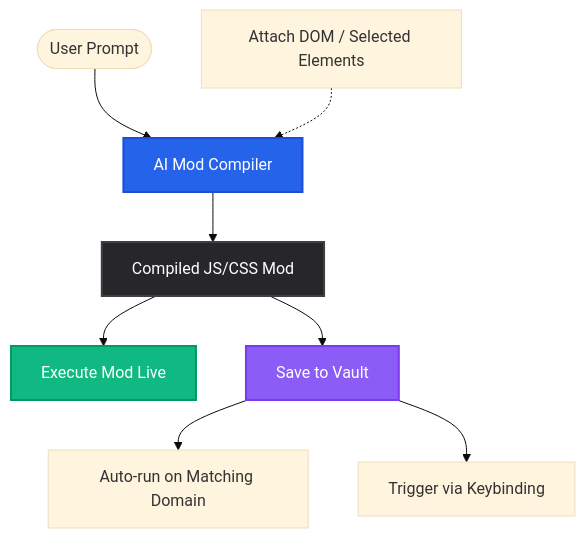
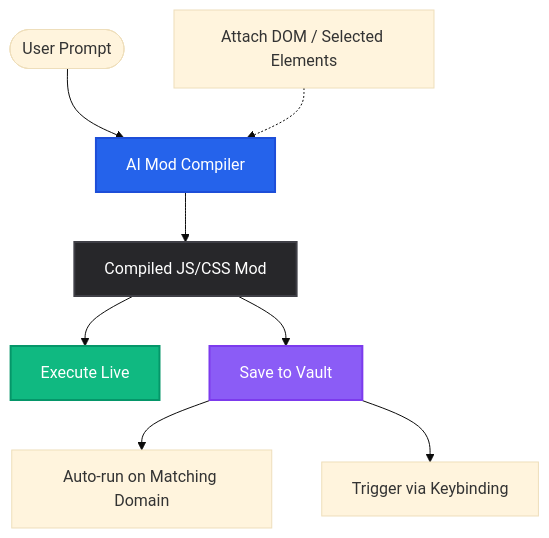
Before and after one commit to waleed-tahir/AutoMage: the diagram in README.md, drawn with Mermaid (base theme). The commit also changed other lines of this file and 2 other files, not shown here.

````diff
--- a/README.md
+++ b/README.md
@@ -57,15 +64,15 @@
 ```mermaid
 graph TD
     User([User Prompt]) --> Studio[AI Mod Compiler]
     Dom[Attach DOM / Selected Elements] -.-> Studio
     Studio --> Code[Compiled JS/CSS Mod]
-    Code --> Run[Execute Mod Live]
+    Code --> Run[Execute Live]
     Code --> Vault[Save to Vault]
     Vault --> AutoRun[Auto-run on Matching Domain]
     Vault --> Shortcut[Trigger via Keybinding]
     
     style Studio fill:#2563eb,stroke:#1d4ed8,stroke-width:2px,color:#fff
     style Code fill:#27272a,stroke:#3f3f46,stroke-width:2px,color:#fff
     style Run fill:#10b981,stroke:#059669,stroke-width:2px,color:#fff
     style Vault fill:#8b5cf6,stroke:#7c3aed,stroke-width:2px,color:#fff
 ```
````
